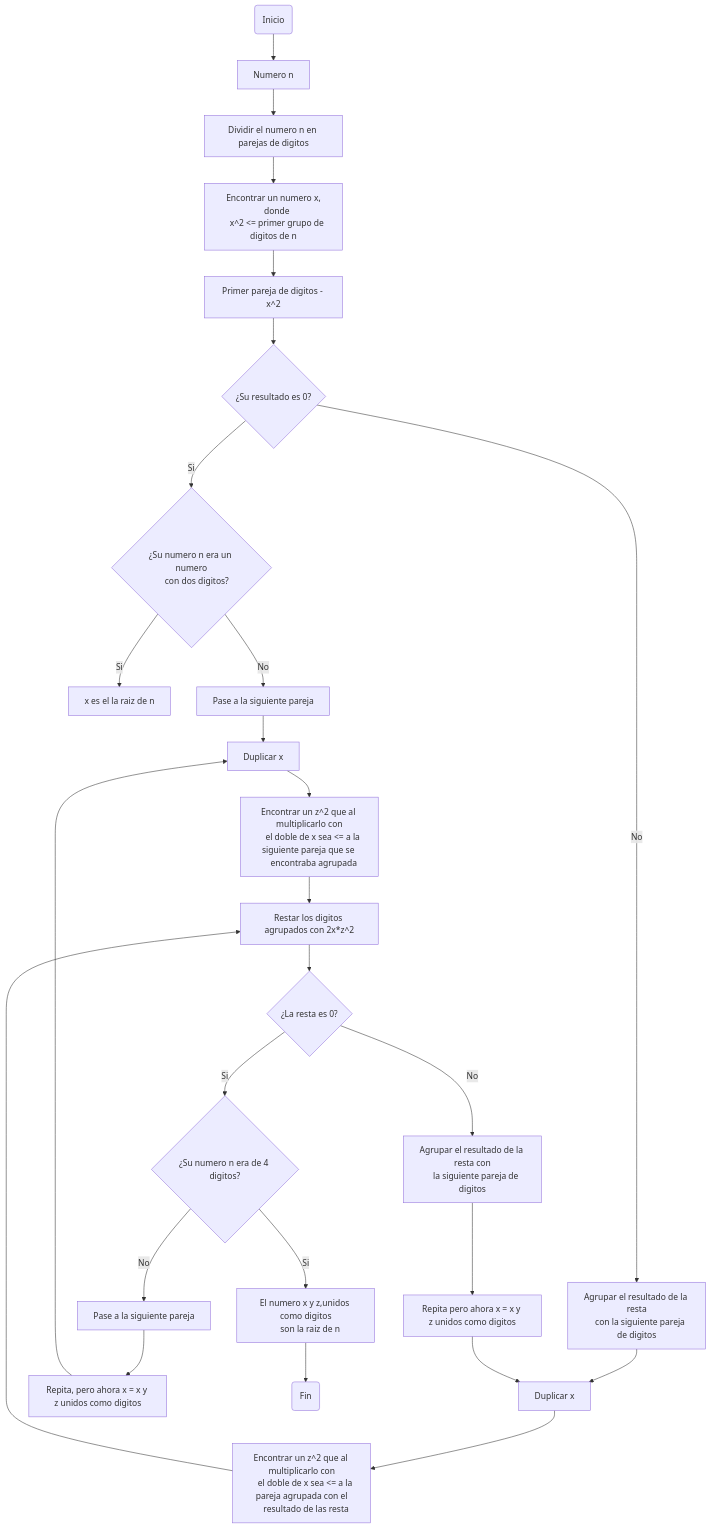
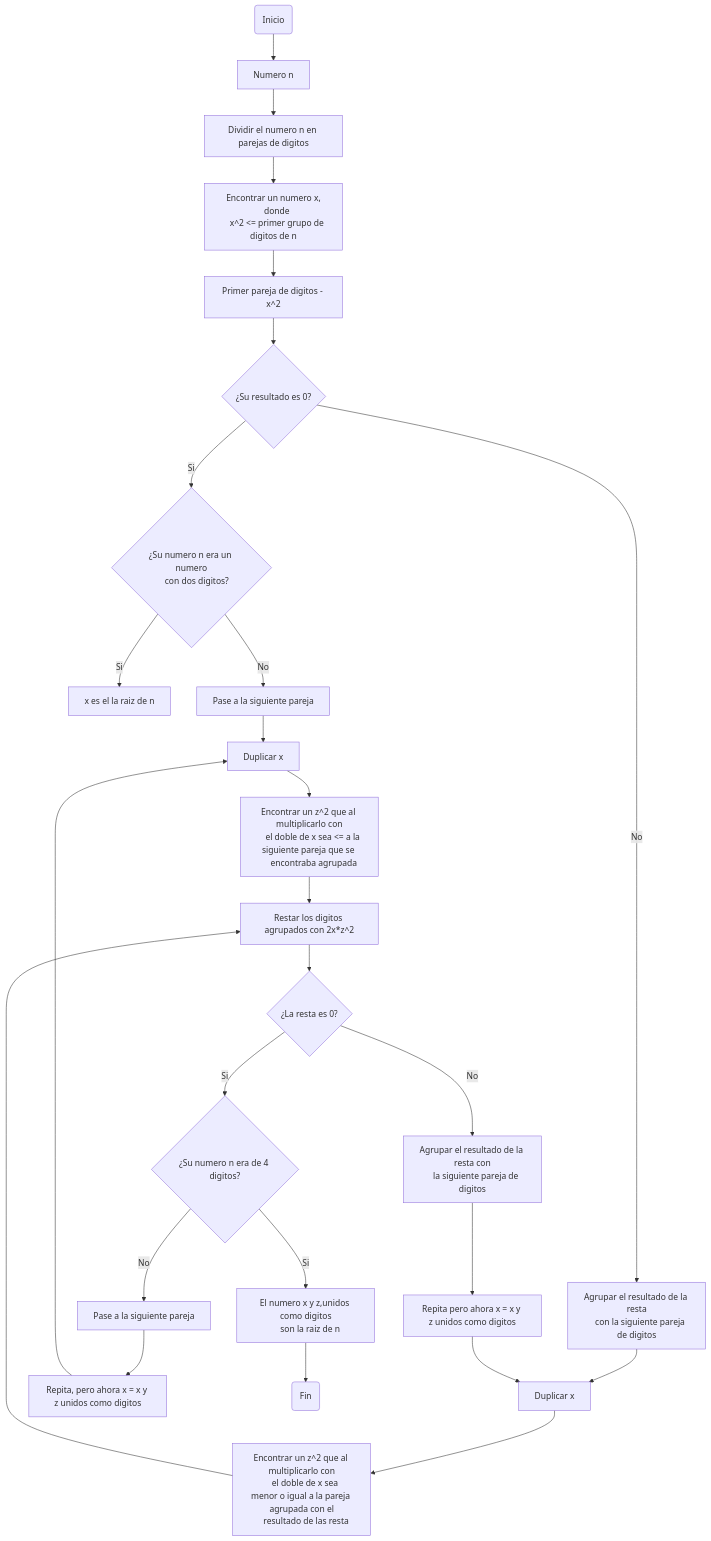
One commit to Danbaroj/Reto-3 changed the second of 2 diagrams in README.md. Above: the diagram before and after it, drawn with Mermaid. The commit also changed other lines of this file, not shown here.

````diff
--- a/README.md
+++ b/README.md
@@ -124,38 +123,38 @@
 ```mermaid
 flowchart TD;
     A(Inicio) -->B[Numero n]
     B -->C[Dividir el numero n en parejas de digitos]
     C -->D[Encontrar un numero x,
     donde 
     x^2 <= primer grupo de digitos de n]
     D -->E[ Primer pareja de digitos - x^2 ]
     E -->F{¿Su resultado es 0?}
     F -->|Si|I{¿Su numero n era un numero
      con dos digitos?}
     I -->|Si|J[x es el la raiz de n]
     I -->|No|K[Pase a la siguiente pareja]
     K -->L[Duplicar x]
     F -->|No|G[Agrupar el resultado de la resta
     con la siguiente pareja de digitos]
     G -->H[Duplicar x]
     H -->M[Encontrar un z^2 que al multiplicarlo con
-    el doble de x sea <= a la pareja agrupada con el
+    el doble de x sea menor o igual a la pareja agrupada con el
     resultado de las resta]
     M -->N[Restar los digitos agrupados con 2x*z^2]
     L -->Ñ[Encontrar un z^2 que al multiplicarlo con
     el doble de x sea <= a la siguiente pareja que se 
     encontraba agrupada]
     Ñ -->N
     N -->O{¿La resta es 0?}
     O -->|Si|P{¿Su numero n era de 4 digitos?}
     O -->|No|S[Agrupar el resultado de la resta con
     la siguiente pareja de digitos]
     S -->U[Repita pero ahora x = x y z unidos como digitos]
     U -->H
     P -->|Si|Q[El numero x y z,unidos como digitos
     son la raiz de n]
     P -->|No|R[Pase a la siguiente pareja]
     R -->T[Repita, pero ahora x = x y z unidos como digitos]
     T -->L
     Q -->V(Fin)
 ```
````
